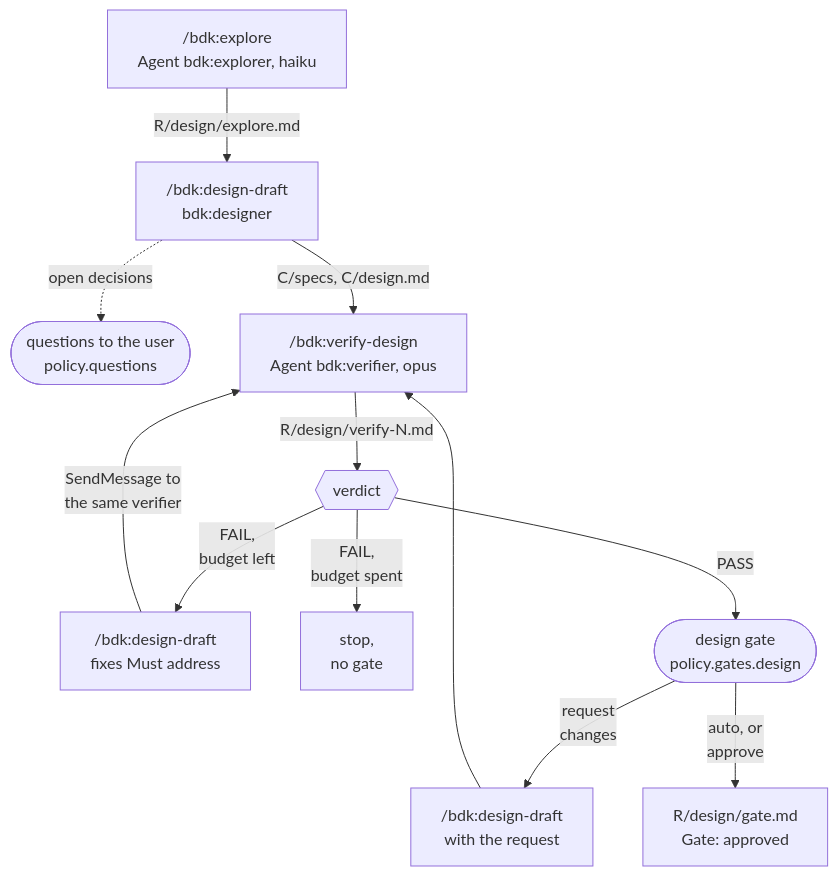
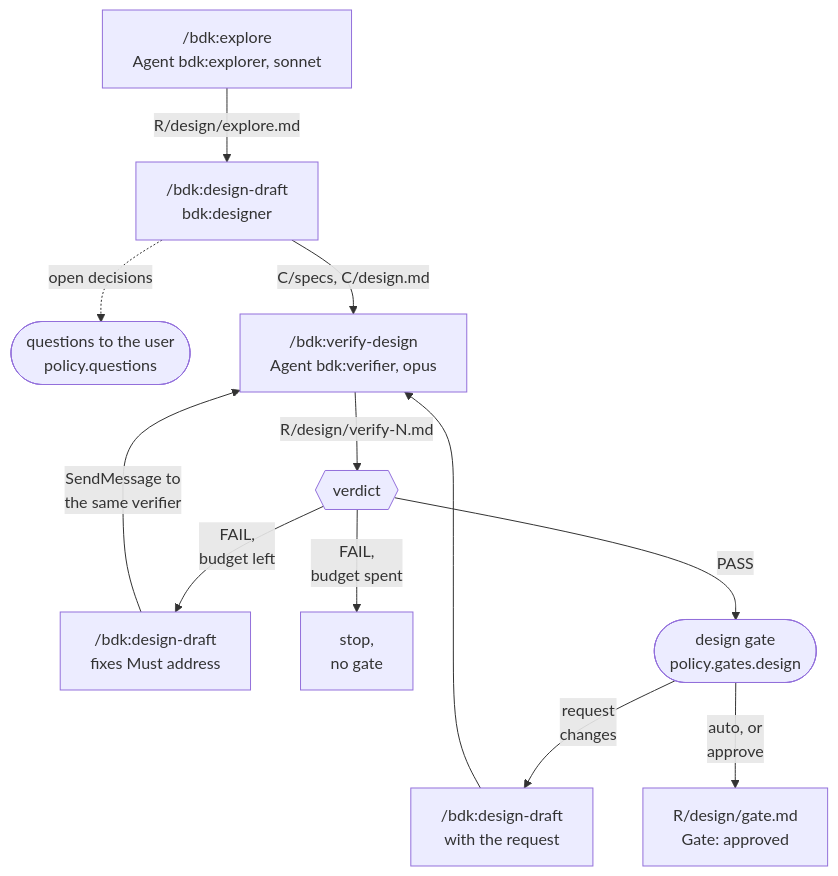
One commit to broneq/bdk changed the third of 16 diagrams in docs/concepts/orchestrators.md. Above: the diagram before and after it, drawn with Mermaid. The commit also changed 25 other files, not shown here.

First line of the commit message:
feat(skills): run bdk:explorer on sonnet and map how the project runs its tests

````diff
--- a/docs/concepts/orchestrators.md
+++ b/docs/concepts/orchestrators.md
@@ -44,13 +44,13 @@
 ```mermaid
 flowchart TB
-  EX["/bdk:explore<br/>Agent bdk:explorer, haiku"] -->|"R/design/explore.md"| DR
+  EX["/bdk:explore<br/>Agent bdk:explorer, sonnet"] -->|"R/design/explore.md"| DR
   DR["/bdk:design-draft<br/>bdk:designer"] -.->|"open decisions"| Q(["questions to the user<br/>policy.questions"])
   DR -->|"C/specs, C/design.md"| VER
   VER["/bdk:verify-design<br/>Agent bdk:verifier, opus"] -->|"R/design/verify-N.md"| V{{"verdict"}}
   V -->|"FAIL,<br/>budget left"| FIX["/bdk:design-draft<br/>fixes Must address"]
   FIX -->|"SendMessage to<br/>the same verifier"| VER
   V -->|"FAIL,<br/>budget spent"| STOPB["stop,<br/>no gate"]
   V -->|"PASS"| GATE(["design gate<br/>policy.gates.design"])
   GATE -->|"request<br/>changes"| REV["/bdk:design-draft<br/>with the request"] --> VER
   GATE -->|"auto, or<br/>approve"| GF["R/design/gate.md<br/>Gate: approved"]
 ```
````
